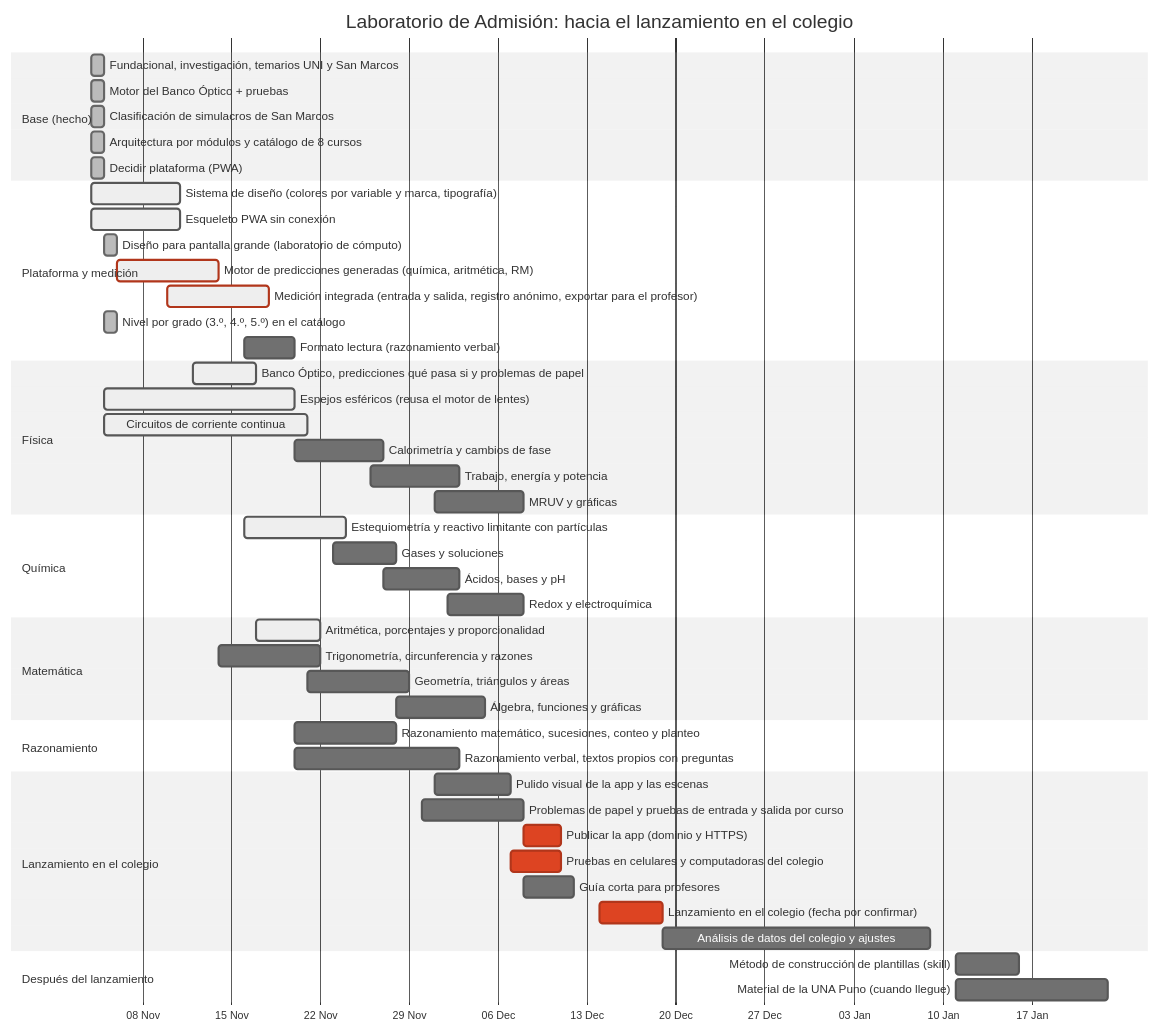
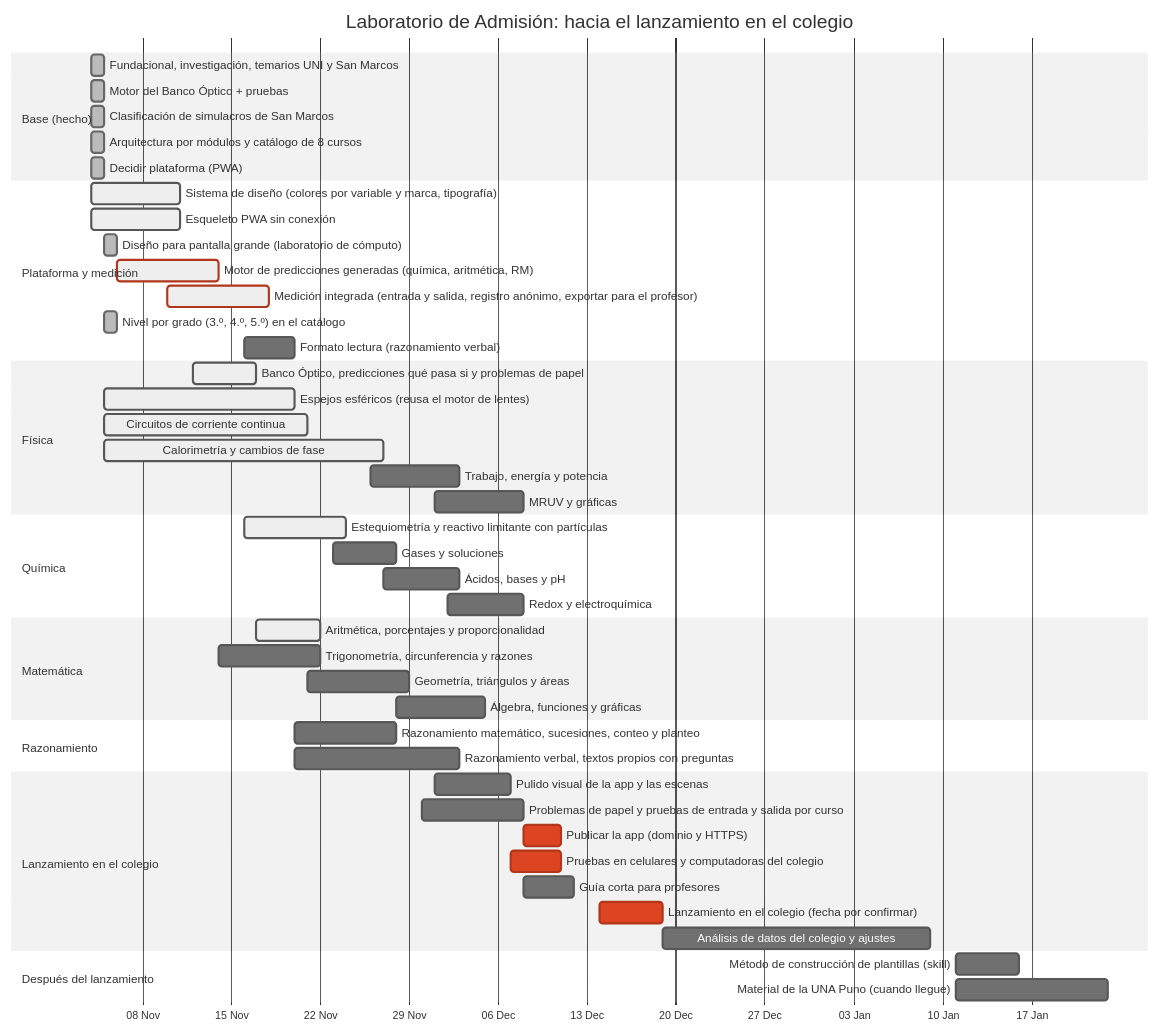
One commit to Eltiokarma/Mesa-de-Estudios changed the diagram in docs/hoja-de-ruta.md. Above: the diagram before and after it, drawn with Mermaid (neutral theme). The commit also changed 13 other files, not shown here.

````diff
--- a/docs/hoja-de-ruta.md
+++ b/docs/hoja-de-ruta.md
@@ -52,59 +52,59 @@
 ```mermaid
 gantt
     title Laboratorio de Admisión: hacia el lanzamiento en el colegio
     dateFormat  YYYY-MM-DD
     axisFormat  %d %b
 
     section Base (hecho)
     Fundacional, investigación, temarios UNI y San Marcos :done, f0a, 2026-11-04, 2026-11-05
     Motor del Banco Óptico + pruebas :done, f0b, 2026-11-04, 2026-11-05
     Clasificación de simulacros de San Marcos :done, f0c, 2026-11-04, 2026-11-05
     Arquitectura por módulos y catálogo de 8 cursos :done, f0g, 2026-11-04, 2026-11-05
     Decidir plataforma (PWA) :done, f0d, 2026-11-04, 2026-11-05
 
     section Plataforma y medición
     Sistema de diseño (colores por variable y marca, tipografía) :active, f0e, 2026-11-04, 2026-11-11
     Esqueleto PWA sin conexión :active, f0f, 2026-11-04, 2026-11-11
     Diseño para pantalla grande (laboratorio de cómputo) :done, pl1, 2026-11-05, 2026-11-06
     Motor de predicciones generadas (química, aritmética, RM) :active, crit, pl3, 2026-11-06, 2026-11-14
     Medición integrada (entrada y salida, registro anónimo, exportar para el profesor) :active, crit, pl2, 2026-11-10, 2026-11-18
     Nivel por grado (3.º, 4.º, 5.º) en el catálogo :done, pl5, 2026-11-05, 2026-11-06
     Formato lectura (razonamiento verbal) :pl4, 2026-11-16, 2026-11-20
 
     section Física
     Banco Óptico, predicciones qué pasa si y problemas de papel :active, fi1, 2026-11-12, 2026-11-17
     Espejos esféricos (reusa el motor de lentes) :active, fi5, 2026-11-05, 2026-11-20
     Circuitos de corriente continua :active, fi2, 2026-11-05, 2026-11-21
-    Calorimetría y cambios de fase :fi3, 2026-11-20, 2026-11-27
+    Calorimetría y cambios de fase :active, fi3, 2026-11-05, 2026-11-27
     Trabajo, energía y potencia :fi4, 2026-11-26, 2026-12-03
     MRUV y gráficas :fi6, 2026-12-01, 2026-12-08
 
     section Química
     Estequiometría y reactivo limitante con partículas :active, qu1, 2026-11-16, 2026-11-24
     Gases y soluciones :qu2, 2026-11-23, 2026-11-28
     Ácidos, bases y pH :qu3, 2026-11-27, 2026-12-03
     Redox y electroquímica :qu4, 2026-12-02, 2026-12-08
 
     section Matemática
     Aritmética, porcentajes y proporcionalidad :active, ma4, 2026-11-17, 2026-11-22
     Trigonometría, circunferencia y razones :ma1, 2026-11-14, 2026-11-22
     Geometría, triángulos y áreas :ma2, 2026-11-21, 2026-11-29
     Álgebra, funciones y gráficas :ma3, 2026-11-28, 2026-12-05
 
     section Razonamiento
     Razonamiento matemático, sucesiones, conteo y planteo :ra1, 2026-11-20, 2026-11-28
     Razonamiento verbal, textos propios con preguntas :ra2, 2026-11-20, 2026-12-03
 
     section Lanzamiento en el colegio
     Pulido visual de la app y las escenas :pl6, 2026-12-01, 2026-12-07
     Problemas de papel y pruebas de entrada y salida por curso :la1, 2026-11-30, 2026-12-08
     Publicar la app (dominio y HTTPS) :crit, la3, 2026-12-08, 2026-12-11
     Pruebas en celulares y computadoras del colegio :crit, la2, 2026-12-07, 2026-12-11
     Guía corta para profesores :la4, 2026-12-08, 2026-12-12
     Lanzamiento en el colegio (fecha por confirmar) :crit, la5, 2026-12-14, 2026-12-19
     Análisis de datos del colegio y ajustes :la6, 2026-12-19, 2027-01-09
 
     section Después del lanzamiento
     Método de construcción de plantillas (skill) :f2a, 2027-01-11, 2027-01-16
     Material de la UNA Puno (cuando llegue) :f2c, 2027-01-11, 2027-01-23
 ```
````
